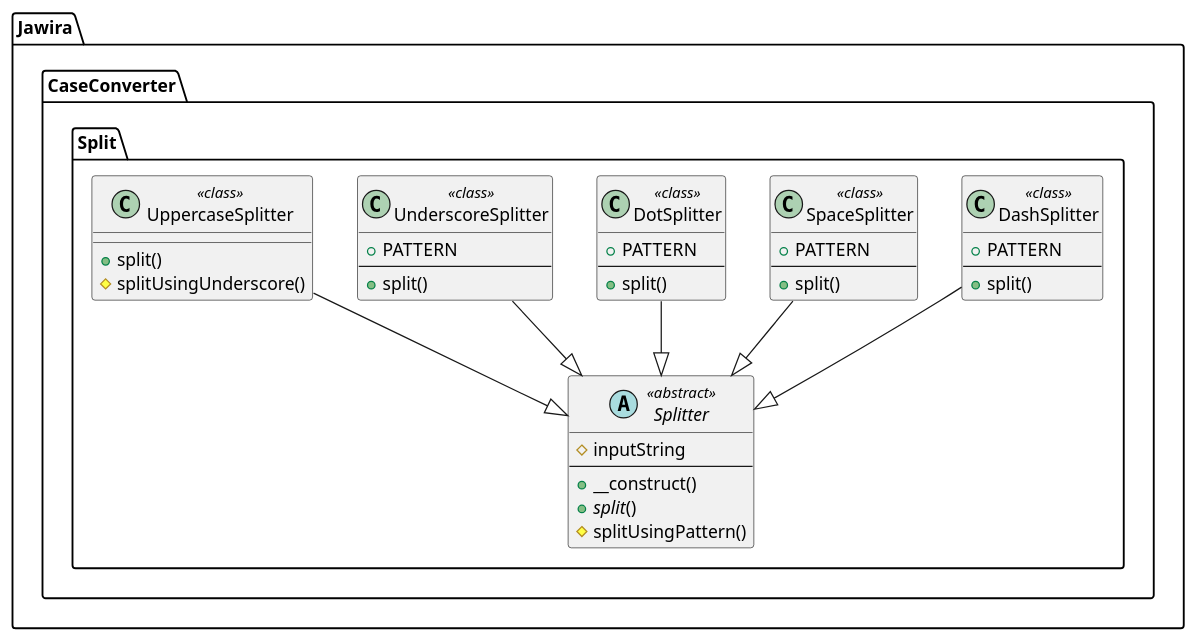
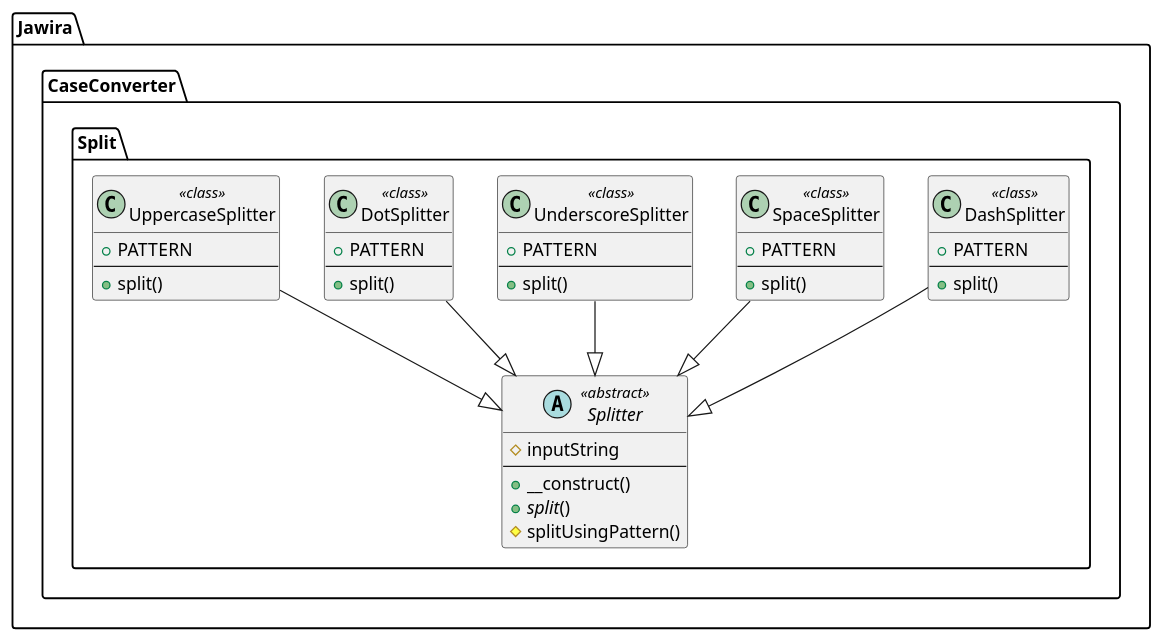
One commit to knm1/case-converter changed the diagram in images/uml-split.puml. Above: the diagram before and after it, drawn with PlantUML. The commit also changed 14 other files, not shown here.

```diff
--- a/images/uml-split.puml
+++ b/images/uml-split.puml
@@ -1,40 +1,41 @@
 @startuml
 namespace Jawira.CaseConverter.Split  {
 	class DashSplitter << class >> {
 		+PATTERN
 		--
 		+split()
 	}
 	abstract Splitter << abstract >> {
 		#inputString
 		--
 		+__construct()
 		+<i>split</i>()
 		#splitUsingPattern()
 	}
 	class SpaceSplitter << class >> {
 		+PATTERN
 		--
 		+split()
 	}
+	class UnderscoreSplitter << class >> {
+		+PATTERN
+		--
+		+split()
+	}
 	class DotSplitter << class >> {
 		+PATTERN
 		--
 		+split()
 	}
-	class UnderscoreSplitter << class >> {
+	class UppercaseSplitter << class >> {
 		+PATTERN
 		--
 		+split()
 	}
-	class UppercaseSplitter << class >> {
-		+split()
-		#splitUsingUnderscore()
-	}
 }
 Jawira.CaseConverter.Split.DashSplitter --|> Jawira.CaseConverter.Split.Splitter
 Jawira.CaseConverter.Split.SpaceSplitter --|> Jawira.CaseConverter.Split.Splitter
+Jawira.CaseConverter.Split.UnderscoreSplitter --|> Jawira.CaseConverter.Split.Splitter
 Jawira.CaseConverter.Split.DotSplitter --|> Jawira.CaseConverter.Split.Splitter
-Jawira.CaseConverter.Split.UnderscoreSplitter --|> Jawira.CaseConverter.Split.Splitter
 Jawira.CaseConverter.Split.UppercaseSplitter --|> Jawira.CaseConverter.Split.Splitter
 @enduml
```
